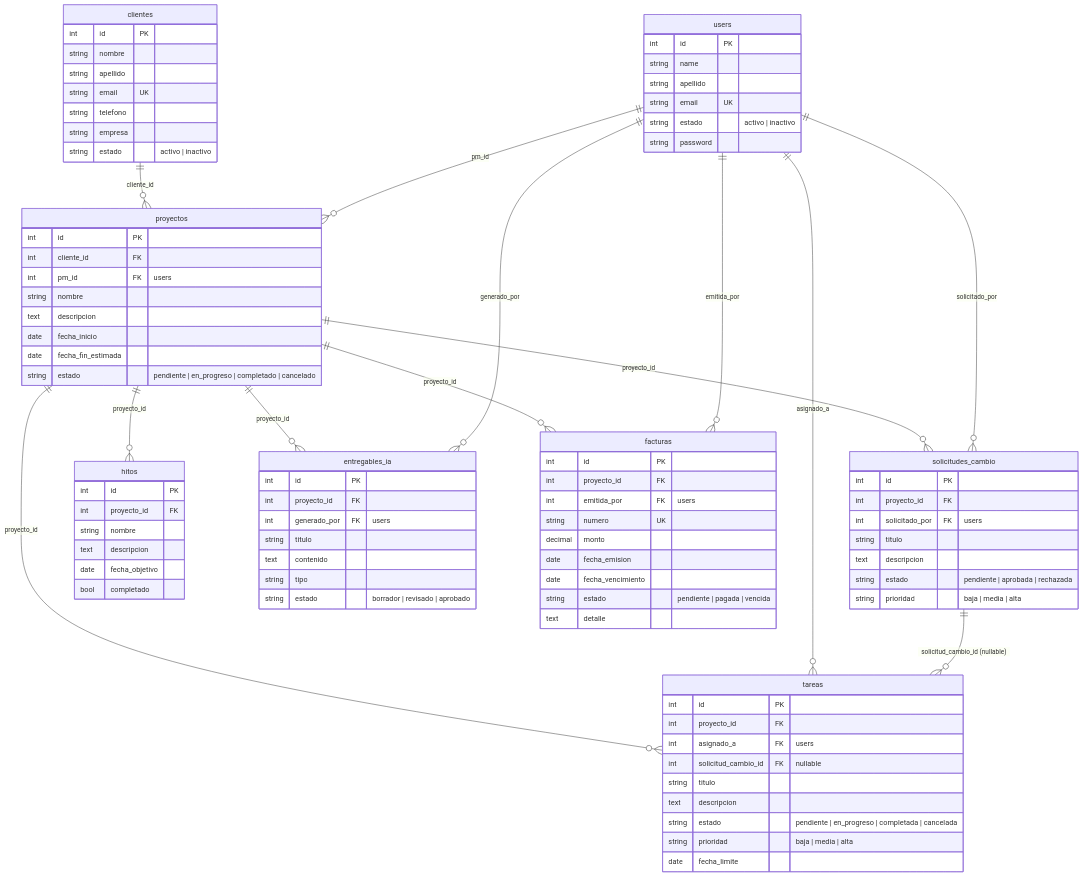
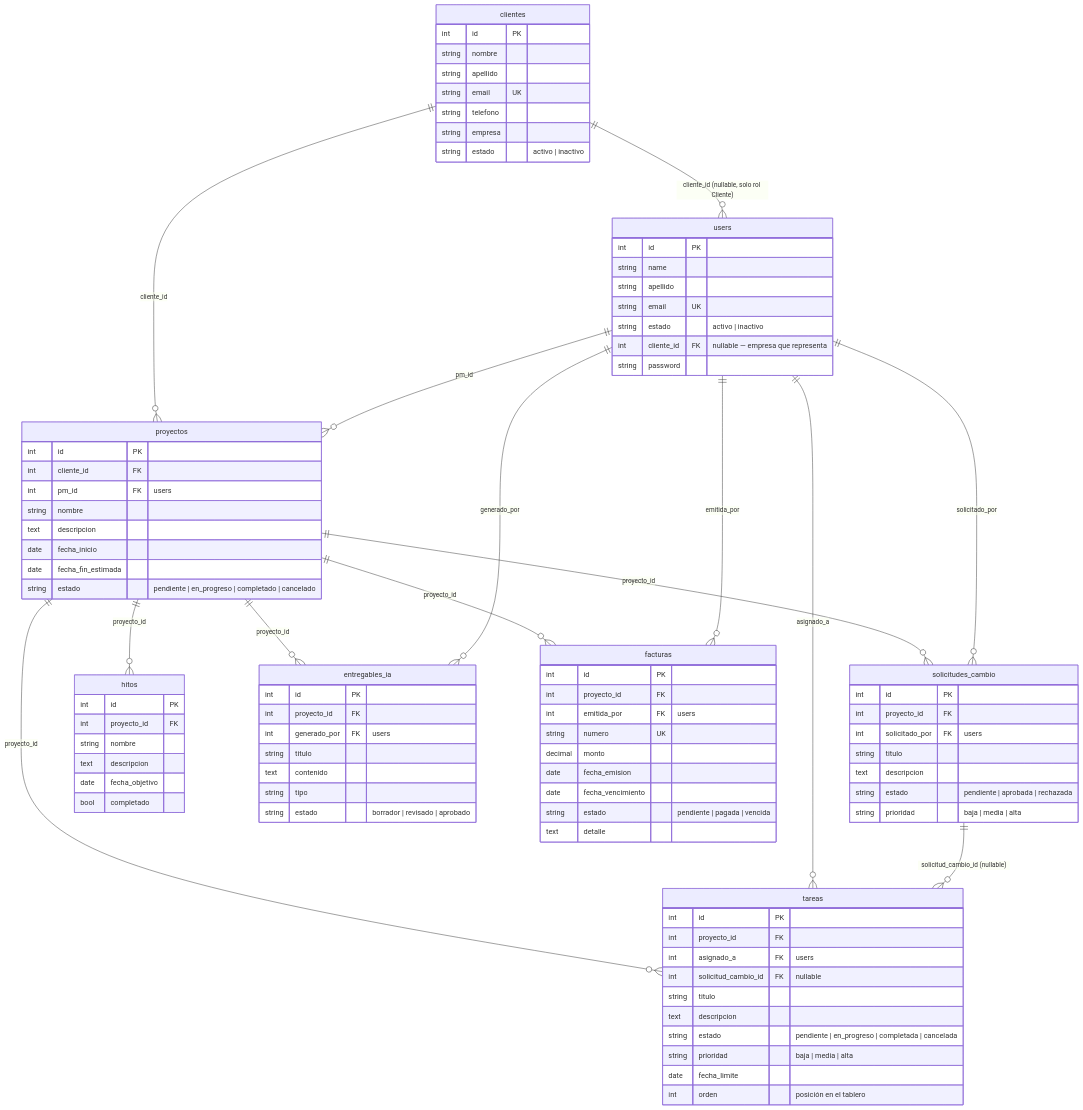
Before and after one commit to DanielOjeda25/sistema: the diagram in docs/CRUZNEGRA_MODELO_RELACIONAL.md, drawn with Mermaid. The commit also changed other lines of this file and 5 other files, not shown here.

````diff
--- a/docs/CRUZNEGRA_MODELO_RELACIONAL.md
+++ b/docs/CRUZNEGRA_MODELO_RELACIONAL.md
@@ -16,6 +15,7 @@
 ```mermaid
 erDiagram
     clientes ||--o{ proyectos          : "cliente_id"
+    clientes ||--o{ users              : "cliente_id (nullable, solo rol Cliente)"
     users    ||--o{ proyectos          : "pm_id"
 
     proyectos ||--o{ solicitudes_cambio : "proyecto_id"
@@ -49,6 +49,7 @@
         string   apellido
         string   email       UK
         string   estado      "activo | inactivo"
+        int      cliente_id  FK "nullable — empresa que representa"
         string   password
     }
 
@@ -83,6 +84,7 @@
         string   estado               "pendiente | en_progreso | completada | cancelada"
         string   prioridad            "baja | media | alta"
         date     fecha_limite
+        int      orden                "posición en el tablero"
     }
 
     hitos {
````
